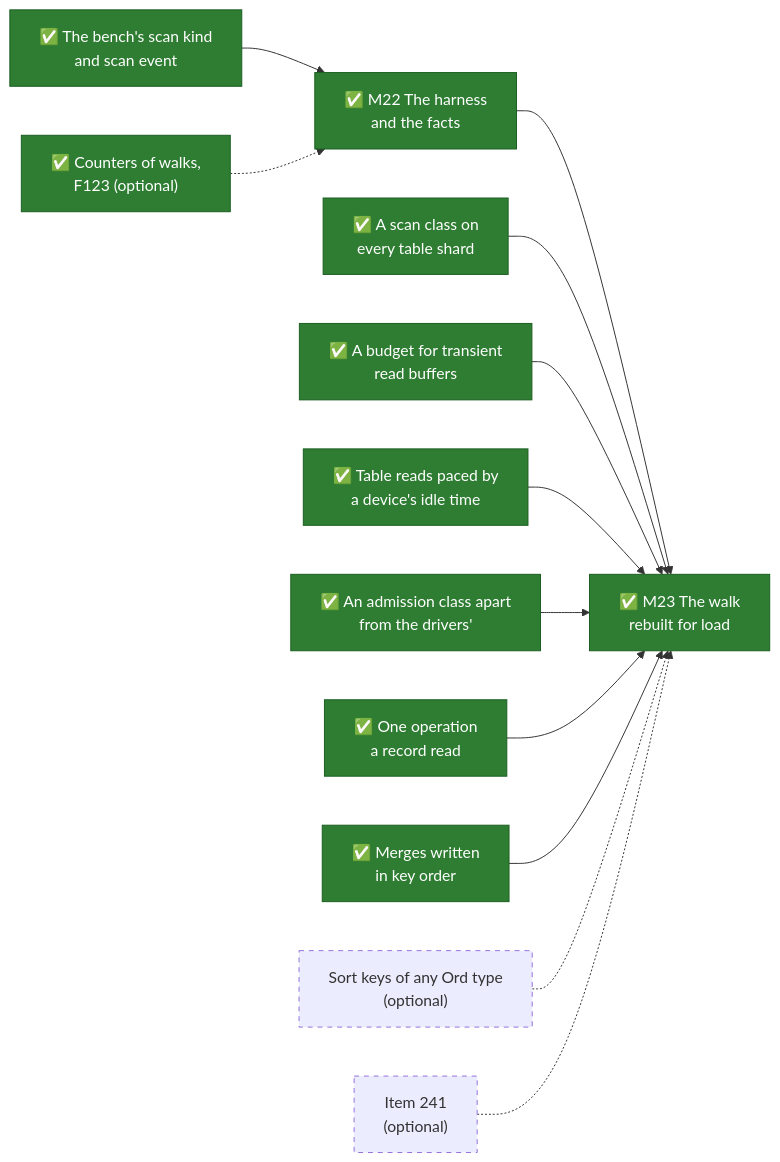
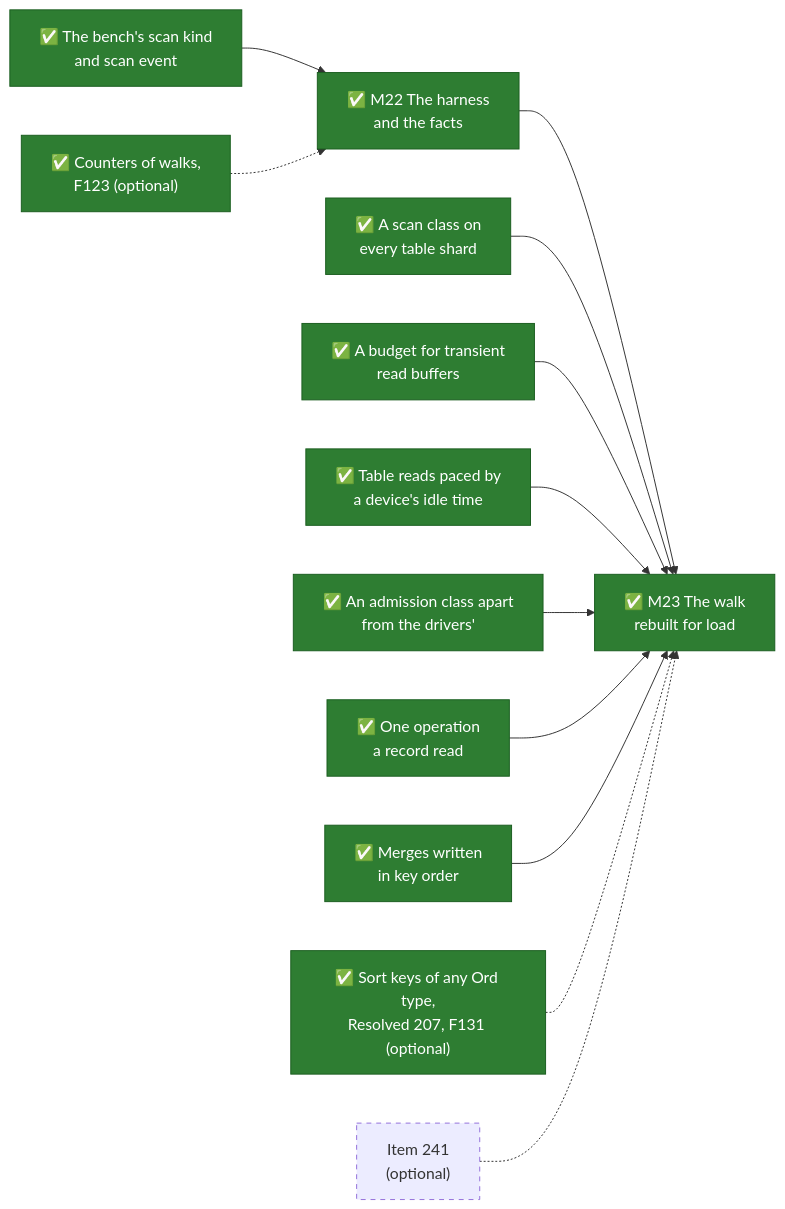
The diagram in docs/src/future-work/scans/prerequisites.md (mjcarson/shoal), drawn with Mermaid before and after one commit. The commit also changed other lines of this file and 46 other files, not shown here.

````diff
--- a/docs/src/future-work/scans/prerequisites.md
+++ b/docs/src/future-work/scans/prerequisites.md
@@ -281,28 +284,28 @@
 ```mermaid
 flowchart LR
     classDef done fill:#2e7d32,stroke:#1b5e20,color:#ffffff
     classDef optional stroke-dasharray: 5 5
     Bench["✅ The bench's scan kind<br>and scan event"]:::done
     Class["✅ A scan class on<br>every table shard"]:::done
     Budget["✅ A budget for transient<br>read buffers"]:::done
     Pace["✅ Table reads paced by<br>a device's idle time"]:::done
     Admit["✅ An admission class apart<br>from the drivers'"]:::done
     Read1["✅ One operation<br>a record read"]:::done
     Sorted["✅ Merges written<br>in key order"]:::done
     Counters["✅ Counters of walks,<br>F123 (optional)"]:::done
-    SortKeys["Sort keys of any Ord type<br>(optional)"]:::optional
+    SortKeys["✅ Sort keys of any Ord type,<br>Resolved 207, F131 (optional)"]:::done
     I241["Item 241<br>(optional)"]:::optional
     M22["✅ M22 The harness<br>and the facts"]:::done
     M23["✅ M23 The walk<br>rebuilt for load"]:::done
     Bench --> M22
     M22 --> M23
     Class --> M23
     Budget --> M23
     Pace --> M23
     Admit --> M23
     Read1 --> M23
     Sorted --> M23
     Counters -.-> M22
     SortKeys -.-> M23
     I241 -.-> M23
 ```
````
